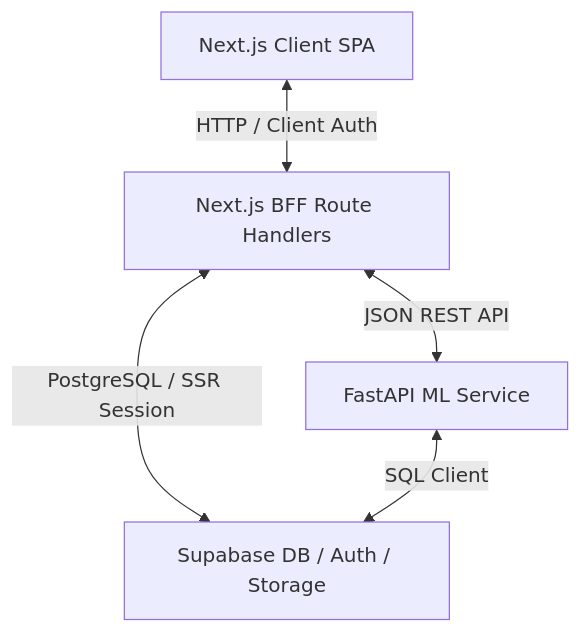
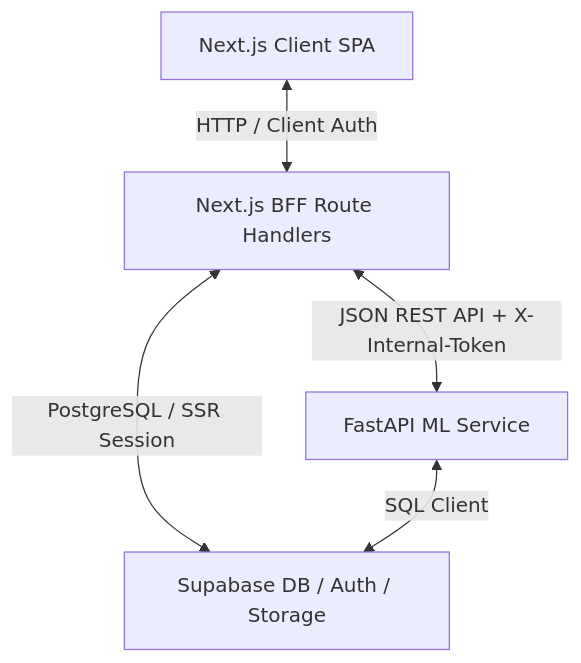
The diagram in DESIGN.md (WincentCP/FAIV-Predict), drawn with Mermaid before and after one commit. The commit also changed other lines of this file and 4 other files, not shown here.

````diff
--- a/DESIGN.md
+++ b/DESIGN.md
@@ -9,7 +9,7 @@
 ```mermaid
 graph TD
     Client[Next.js Client SPA] <-->|HTTP / Client Auth| BFF[Next.js BFF Route Handlers]
     BFF <-->|PostgreSQL / SSR Session| Supabase[Supabase DB / Auth / Storage]
-    BFF <-->|JSON REST API| FastAPI[FastAPI ML Service]
+    BFF <-->|JSON REST API + X-Internal-Token| FastAPI[FastAPI ML Service]
     FastAPI <-->|SQL Client| Supabase
 ```
````
